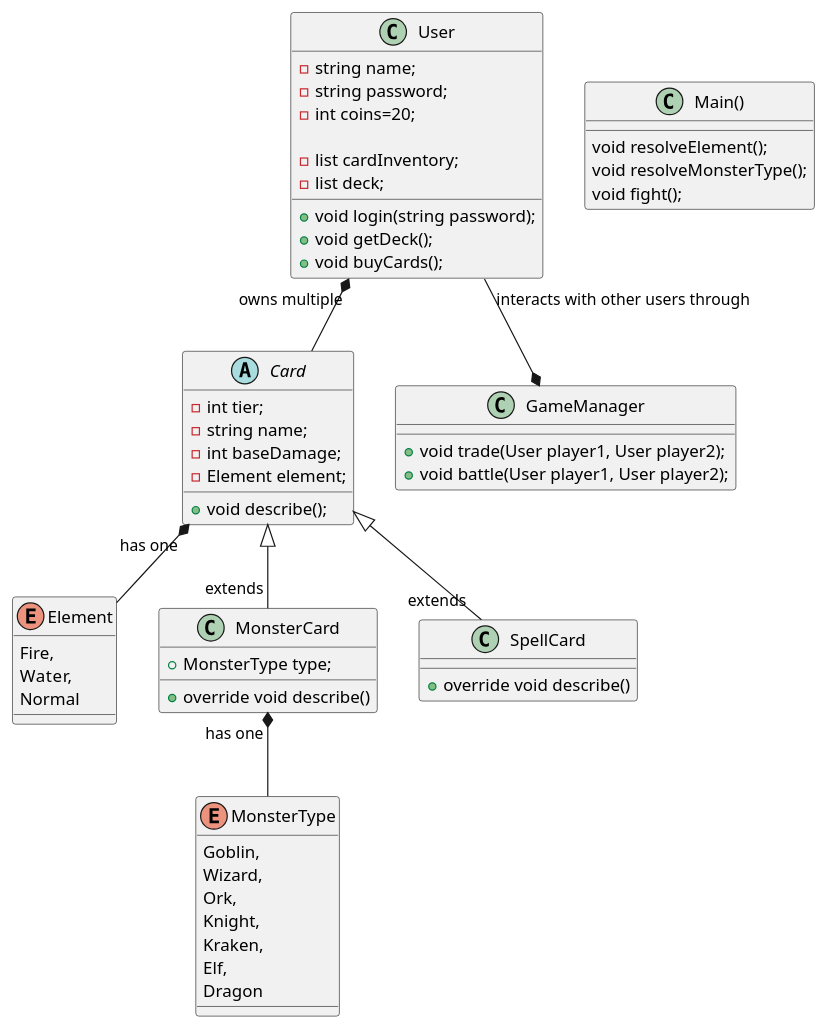
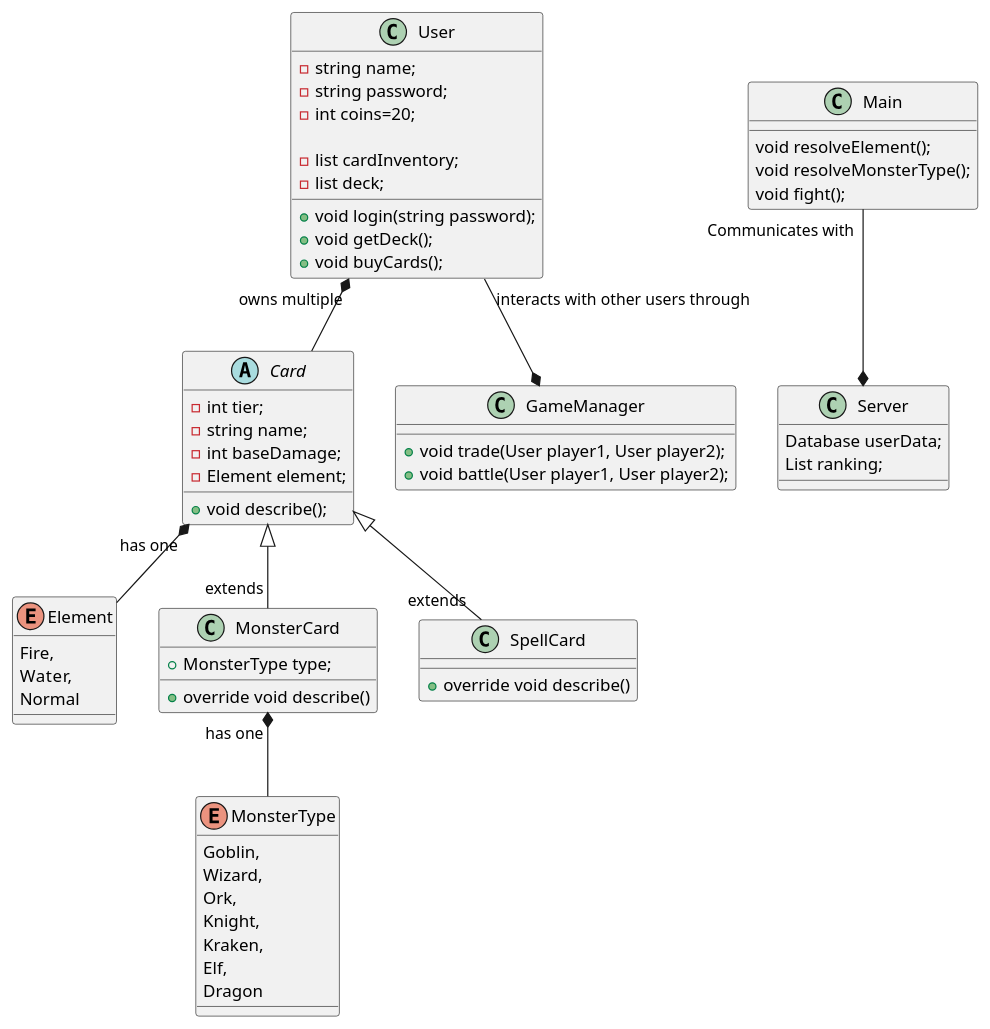
The diagram in src/main/java/test.puml (pjn2003/MCTG), drawn with PlantUML before and after one commit. The commit also changed 2 other files, not shown here.

```diff
--- a/src/main/java/test.puml
+++ b/src/main/java/test.puml
@@ -1,76 +1,86 @@
 @startuml
 class User {
 -string name;
 -string password;
 -int coins=20;
 
 -list cardInventory;
 -list deck;
 +void login(string password);
 +void getDeck();
 +void buyCards();
 }
 
 enum Element{
 Fire,
 Water,
 Normal
 }
 
 abstract class Card
 {
 
 -int tier;
 -string name;
 -int baseDamage;
 -Element element;
 
 +void describe();
 
 }
 
 class GameManager
 {
     +void trade(User player1, User player2);
     +void battle(User player1, User player2);
 }
 
-class Main()
+class Main
 {
     void resolveElement();
     void resolveMonsterType();
     void fight();
 }
 
 
 enum MonsterType
 {
     Goblin,
         Wizard,
         Ork,
         Knight,
         Kraken,
         Elf,
         Dragon
 }
 
 class MonsterCard
 {
 +MonsterType type;
 +override void describe()
 }
 class SpellCard
 {
 +override void describe()
 }
 
+class Server
+{
+   Database userData;
+   List ranking;
+}
+
+
 Card <|-- "extends" MonsterCard
 Card <|-- "extends" SpellCard
 
 User "owns multiple" *-- Card
 Card "has one" *-- Element
 
 MonsterCard "has one" *-- MonsterType
 User "interacts with other users through" --* GameManager
 
+Main "Communicates with" --* Server
+
+
 @enduml
```
